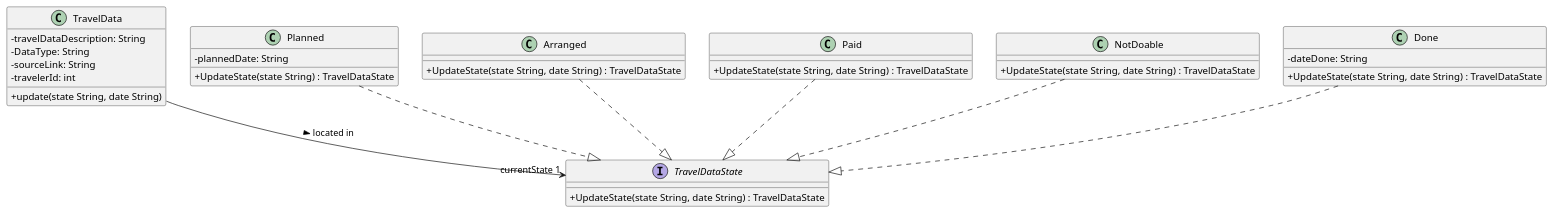
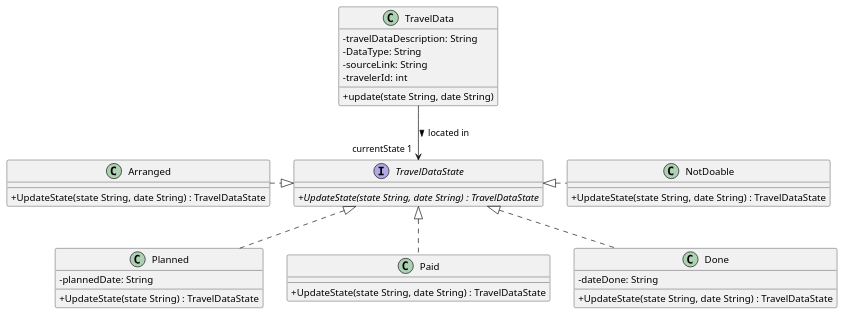
Before and after one commit to AIM-ENE-feb25/triptop-groep-3: the diagram in opdracht-diagrammen/C4 OntwerpVraag Jordy/Class Diagram States.puml, drawn with PlantUML. The commit also changed 2 other files, not shown here.

```diff
--- a/opdracht-diagrammen/C4 OntwerpVraag Jordy/Class Diagram States.puml
+++ b/opdracht-diagrammen/C4 OntwerpVraag Jordy/Class Diagram States.puml
@@ -1,45 +1,45 @@
 @startuml
 skinparam classAttributeIconSize 0
 
 class TravelData {
     - travelDataDescription: String
     - DataType: String
     - sourceLink: String
     - travelerId: int
     + update(state String, date String)
 }
 
 interface TravelDataState {
-    +UpdateState(state String, date String) : TravelDataState
+    +{abstract}UpdateState(state String, date String) : TravelDataState
 }
 
 class Planned {
     - plannedDate: String
     +UpdateState(state String) : TravelDataState
 }
 
 class Arranged {
     +UpdateState(state String, date String) : TravelDataState
 }
 
 class Paid {
     +UpdateState(state String, date String) : TravelDataState
 }
 
 class NotDoable {
     +UpdateState(state String, date String) : TravelDataState
 }
 
 class Done {
     - dateDone: String
     +UpdateState(state String, date String) : TravelDataState
 }
 
 TravelData --> "currentState 1" TravelDataState: located in >
-Arranged ..|> TravelDataState
-Paid ..|> TravelDataState
-Planned ..|> TravelDataState
-Done ..|> TravelDataState
-NotDoable ..|> TravelDataState
+Arranged .|> TravelDataState
+Paid .u.|> TravelDataState
+Planned .u.|> TravelDataState
+Done .u.|> TravelDataState
+NotDoable .l.|> TravelDataState
 
 @enduml
```
